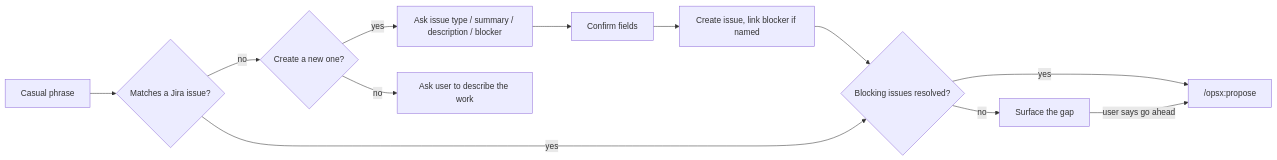
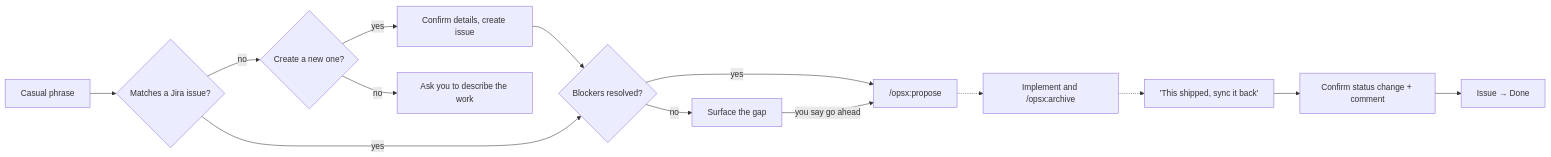
One commit to uanandu/backlog-match changed the diagram in README.md. Above: the diagram before and after it, drawn with Mermaid. The commit also changed other lines of this file and 6 other files, not shown here.

````diff
--- a/README.md
+++ b/README.md
@@ -25,14 +24,16 @@
 ```mermaid
 flowchart LR
     A[Casual phrase] --> B{Matches a Jira issue?}
     B -- no --> G{Create a new one?}
-    G -- yes --> H[Ask issue type / summary / description / blocker]
-    H --> I[Confirm fields]
-    I --> J[Create issue, link blocker if named]
-    J --> D
-    G -- no --> C[Ask user to describe the work]
-    B -- yes --> D{Blocking issues resolved?}
+    G -- yes --> H[Confirm details, create issue]
+    G -- no --> C[Ask you to describe the work]
+    H --> D
+    B -- yes --> D{Blockers resolved?}
     D -- no --> E[Surface the gap]
     D -- yes --> F["/opsx:propose"]
-    E -- user says go ahead --> F
+    E -- you say go ahead --> F
+    F -.-> K[Implement and /opsx:archive]
+    K -.-> L["'This shipped, sync it back'"]
+    L --> M[Confirm status change + comment]
+    M --> N[Issue → Done]
 ```
````
